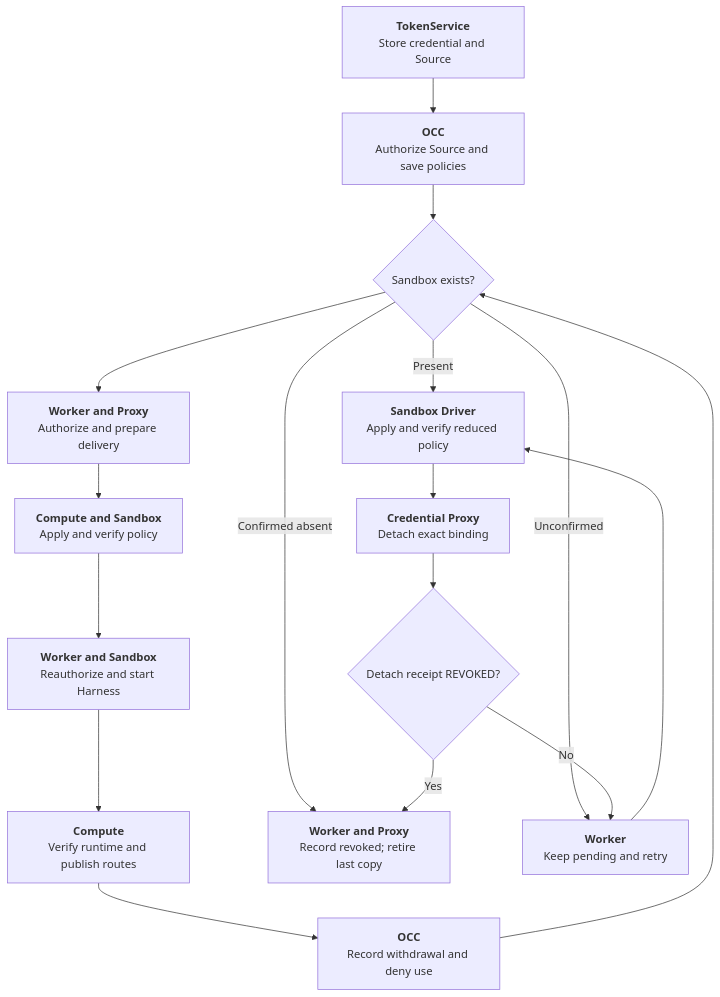
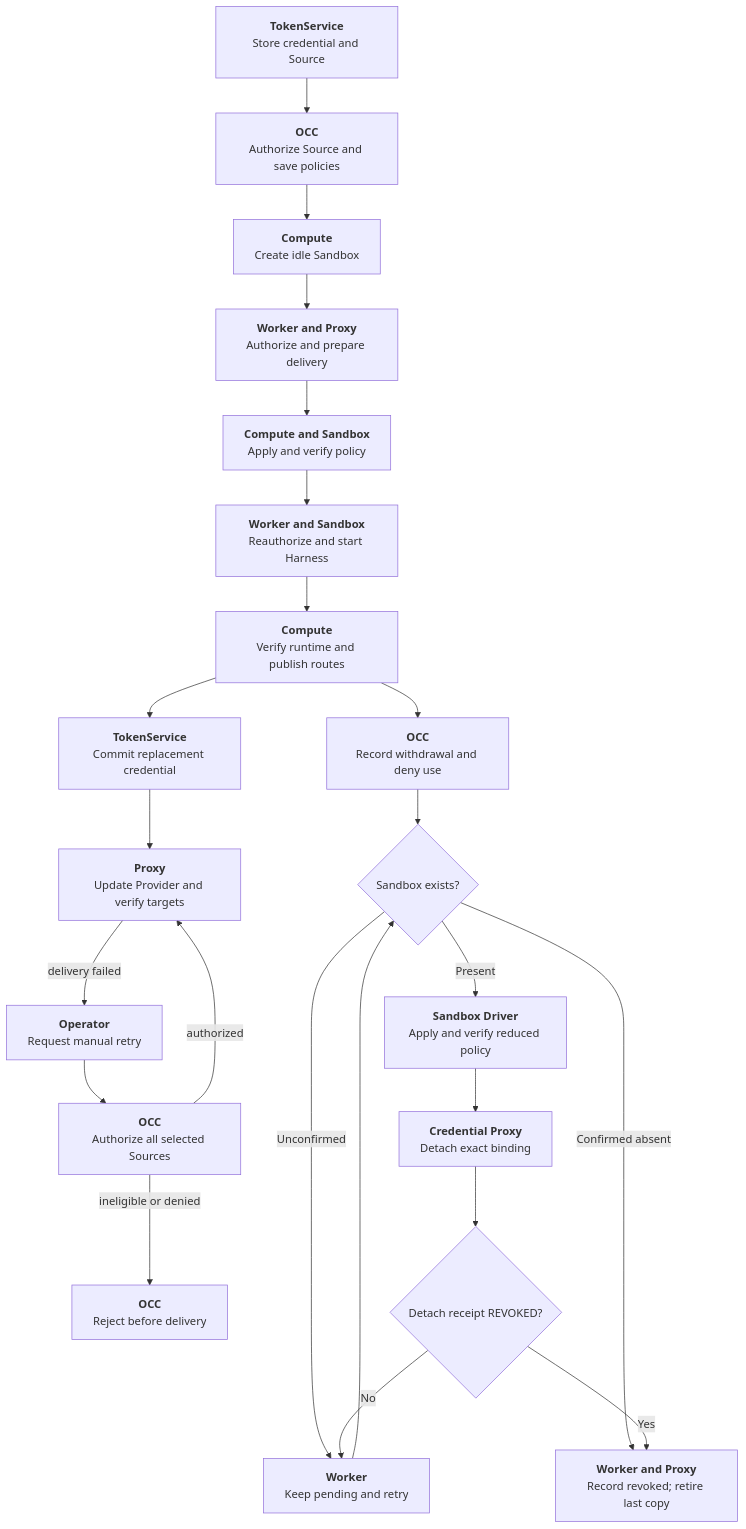
The diagram in docs/flows/credential-source-lifecycle.md (openclaw/openclaw-enterprise), drawn with Mermaid before and after one commit. The commit also changed other lines of this file and 17 other files, not shown here.

First line of the commit message:
Retry credential delivery for deployed Agents (#7109)

````diff
--- a/docs/flows/credential-source-lifecycle.md
+++ b/docs/flows/credential-source-lifecycle.md
@@ -23,19 +23,25 @@
 ```mermaid
 graph TD
   Register["<b>TokenService</b><br/>Store credential and Source"] --> Admit["<b>OCC</b><br/>Authorize Source and save policies"]
   Admit --> Target["<b>Compute</b><br/>Create idle Sandbox"]
   Target --> Delivery["<b>Worker and Proxy</b><br/>Authorize and prepare delivery"]
   Delivery --> Ready["<b>Compute and Sandbox</b><br/>Apply and verify policy"]
   Ready --> Activate["<b>Worker and Sandbox</b><br/>Reauthorize and start Harness"]
   Activate --> Traffic["<b>Compute</b><br/>Verify runtime and publish routes"]
+  Traffic --> Update["<b>TokenService</b><br/>Commit replacement credential"]
+  Update --> Notify["<b>Proxy</b><br/>Update Provider and verify targets"]
+  Notify -->|delivery failed| Retry["<b>Operator</b><br/>Request manual retry"]
+  Retry --> Preflight["<b>OCC</b><br/>Authorize all selected Sources"]
+  Preflight -->|authorized| Notify
+  Preflight -->|ineligible or denied| Reject["<b>OCC</b><br/>Reject before delivery"]
   Traffic --> Deny["<b>OCC</b><br/>Record withdrawal and deny use"]
-  Deny --> Target{"Sandbox exists?"}
-  Target -->|Present| Policy["<b>Sandbox Driver</b><br/>Apply and verify reduced policy"]
-  Target -->|Confirmed absent| Complete
-  Target -->|Unconfirmed| Pending
+  Deny --> WithdrawalTarget{"Sandbox exists?"}
+  WithdrawalTarget -->|Present| Policy["<b>Sandbox Driver</b><br/>Apply and verify reduced policy"]
+  WithdrawalTarget -->|Confirmed absent| Complete
+  WithdrawalTarget -->|Unconfirmed| Pending
   Policy --> Detach["<b>Credential Proxy</b><br/>Detach exact binding"]
   Detach --> Receipt{"Detach receipt REVOKED?"}
   Receipt -->|No| Pending["<b>Worker</b><br/>Keep pending and retry"]
-  Pending --> Policy
+  Pending --> WithdrawalTarget
   Receipt -->|Yes| Complete["<b>Worker and Proxy</b><br/>Record revoked; retire last copy"]
 ```
````
